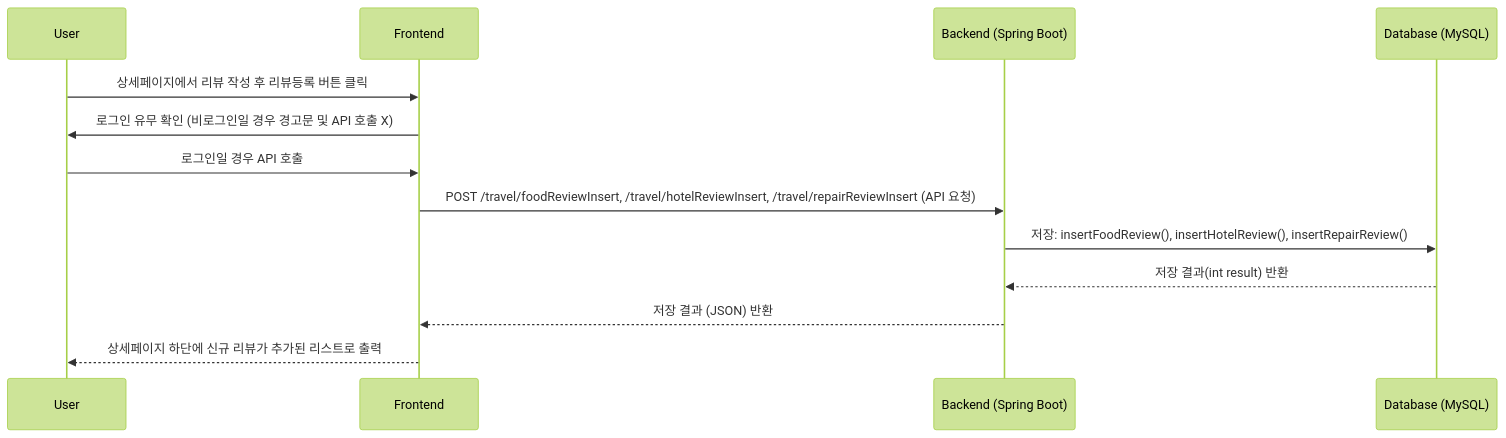
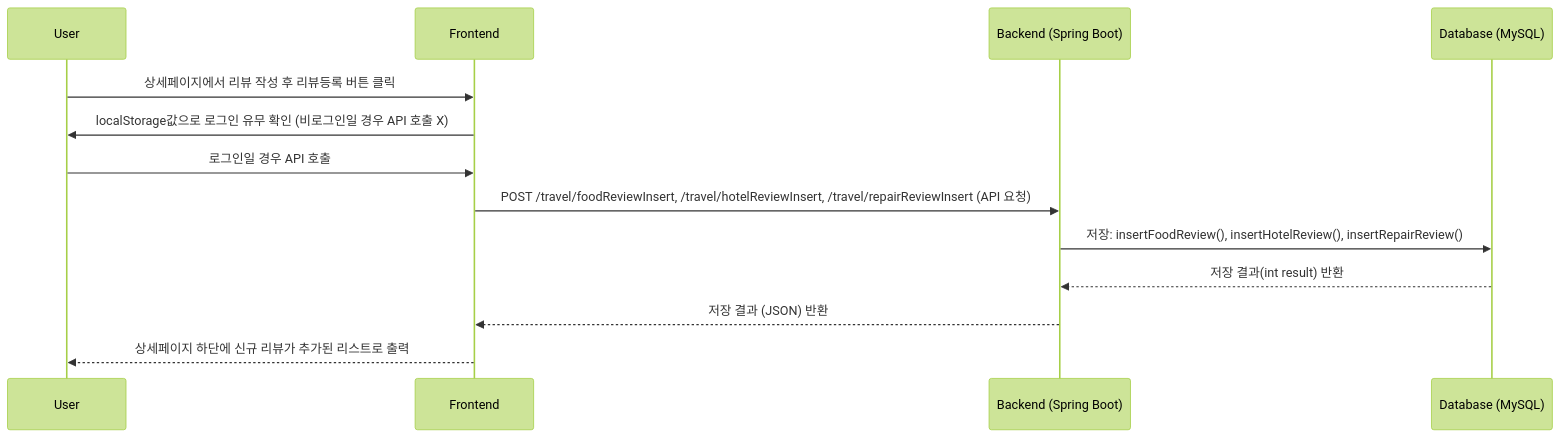
One commit to SUNGJISUCK95/teamproject changed the seventh of 7 diagrams in bicycle-app/frontend/Travel.md. Above: the diagram before and after it, drawn with Mermaid (forest theme). The commit also changed other lines of this file, not shown here.

````diff
--- a/bicycle-app/frontend/Travel.md
+++ b/bicycle-app/frontend/Travel.md
@@ -117,17 +115,17 @@
 ```mermaid
 sequenceDiagram
     participant User
     participant Frontend as Frontend
     participant Backend as Backend (Spring Boot)
     participant DB as Database (MySQL)
 
     %% 5. 리뷰 작성
     User->>Frontend: 상세페이지에서 리뷰 작성 후 리뷰등록 버튼 클릭
-    Frontend->>User: 로그인 유무 확인 (비로그인일 경우 경고문 및 API 호출 X)
+    Frontend->>User: localStorage값으로 로그인 유무 확인 (비로그인일 경우 API 호출 X)
     User->>Frontend: 로그인일 경우 API 호출
     Frontend->>Backend: POST /travel/foodReviewInsert, /travel/hotelReviewInsert, /travel/repairReviewInsert (API 요청)
     Backend->>DB: 저장: insertFoodReview(), insertHotelReview(), insertRepairReview()
     DB-->>Backend: 저장 결과(int result) 반환
     Backend-->>Frontend: 저장 결과 (JSON) 반환    
     Frontend-->>User: 상세페이지 하단에 신규 리뷰가 추가된 리스트로 출력
 ```
````
